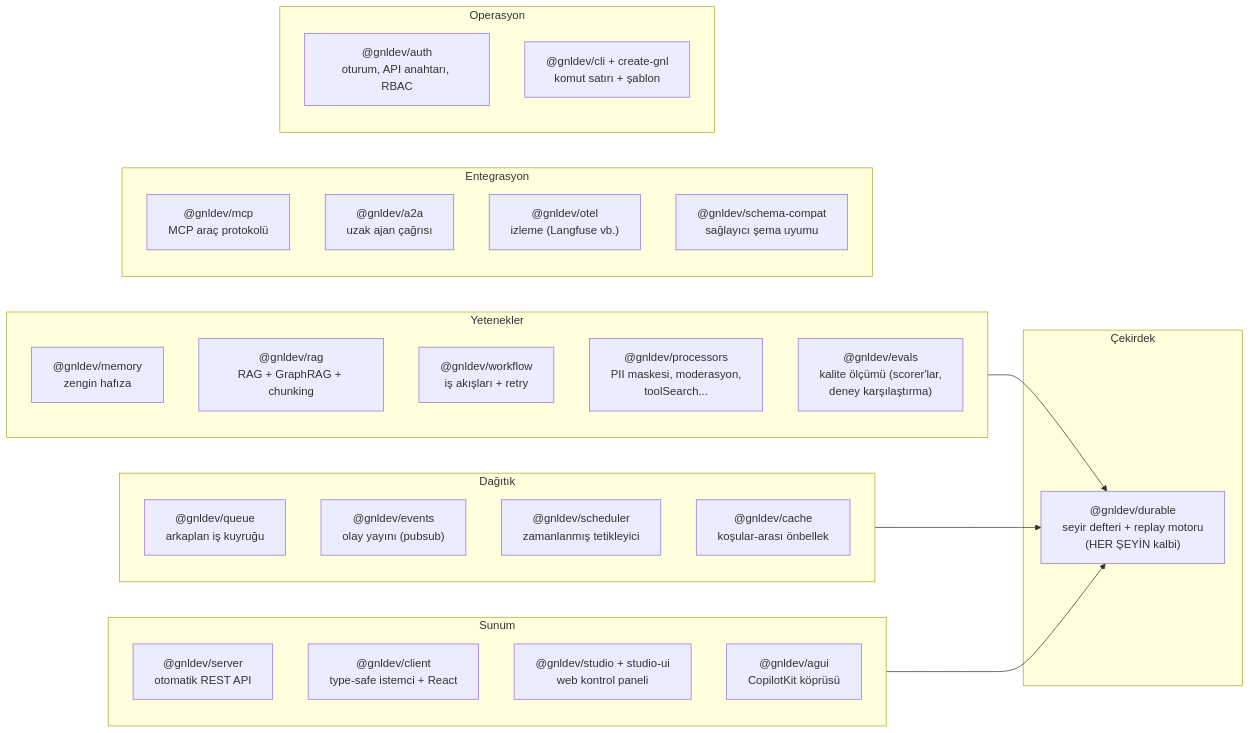
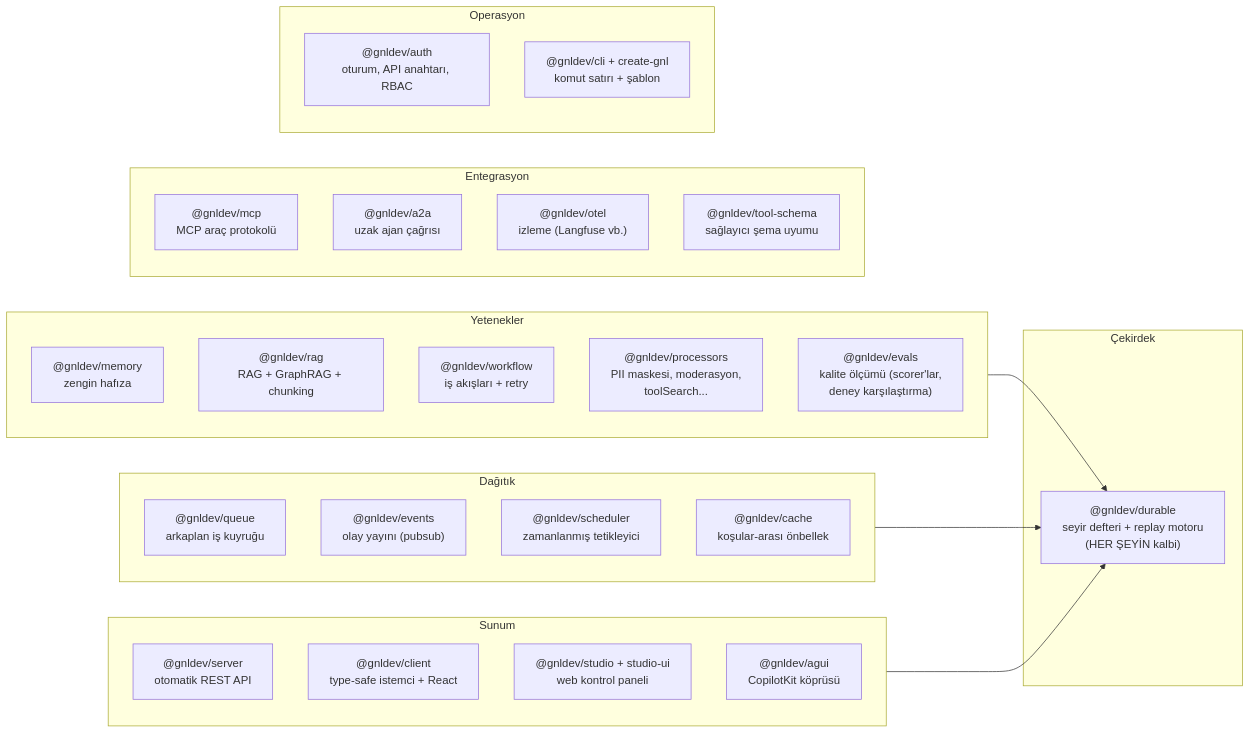
The fourth of 10 diagrams in docs/GUIDE.tr.md (Karaca7/gnldev), drawn with Mermaid before and after one commit. The commit also changed 20 other files, not shown here.

First line of the commit message:
Rename @gnldev/schema-compat to @gnldev/tool-schema

````diff
--- a/docs/GUIDE.tr.md
+++ b/docs/GUIDE.tr.md
@@ -255,38 +255,38 @@
 ```mermaid
 graph LR
     subgraph Çekirdek
         durable["@gnldev/durable<br/>seyir defteri + replay motoru<br/>(HER ŞEYİN kalbi)"]
     end
     subgraph Yetenekler
         memory["@gnldev/memory<br/>zengin hafıza"]
         rag["@gnldev/rag<br/>RAG + GraphRAG + chunking"]
         workflow["@gnldev/workflow<br/>iş akışları + retry"]
         processors["@gnldev/processors<br/>PII maskesi, moderasyon,<br/>toolSearch..."]
         evals["@gnldev/evals<br/>kalite ölçümü (scorer'lar,<br/>deney karşılaştırma)"]
     end
     subgraph Dağıtık
         queue["@gnldev/queue<br/>arkaplan iş kuyruğu"]
         events["@gnldev/events<br/>olay yayını (pubsub)"]
         scheduler["@gnldev/scheduler<br/>zamanlanmış tetikleyici"]
         cache["@gnldev/cache<br/>koşular-arası önbellek"]
     end
     subgraph Sunum
         server["@gnldev/server<br/>otomatik REST API"]
         client["@gnldev/client<br/>type-safe istemci + React"]
         studio["@gnldev/studio + studio-ui<br/>web kontrol paneli"]
         agui["@gnldev/agui<br/>CopilotKit köprüsü"]
     end
     subgraph Entegrasyon
         mcp["@gnldev/mcp<br/>MCP araç protokolü"]
         a2a["@gnldev/a2a<br/>uzak ajan çağrısı"]
         otel["@gnldev/otel<br/>izleme (Langfuse vb.)"]
-        schema["@gnldev/schema-compat<br/>sağlayıcı şema uyumu"]
+        schema["@gnldev/tool-schema<br/>sağlayıcı şema uyumu"]
     end
     subgraph Operasyon
         auth["@gnldev/auth<br/>oturum, API anahtarı, RBAC"]
         cli["@gnldev/cli + create-gnl<br/>komut satırı + şablon"]
     end
     Yetenekler --> durable
     Dağıtık --> durable
     Sunum --> durable
 ```
````
